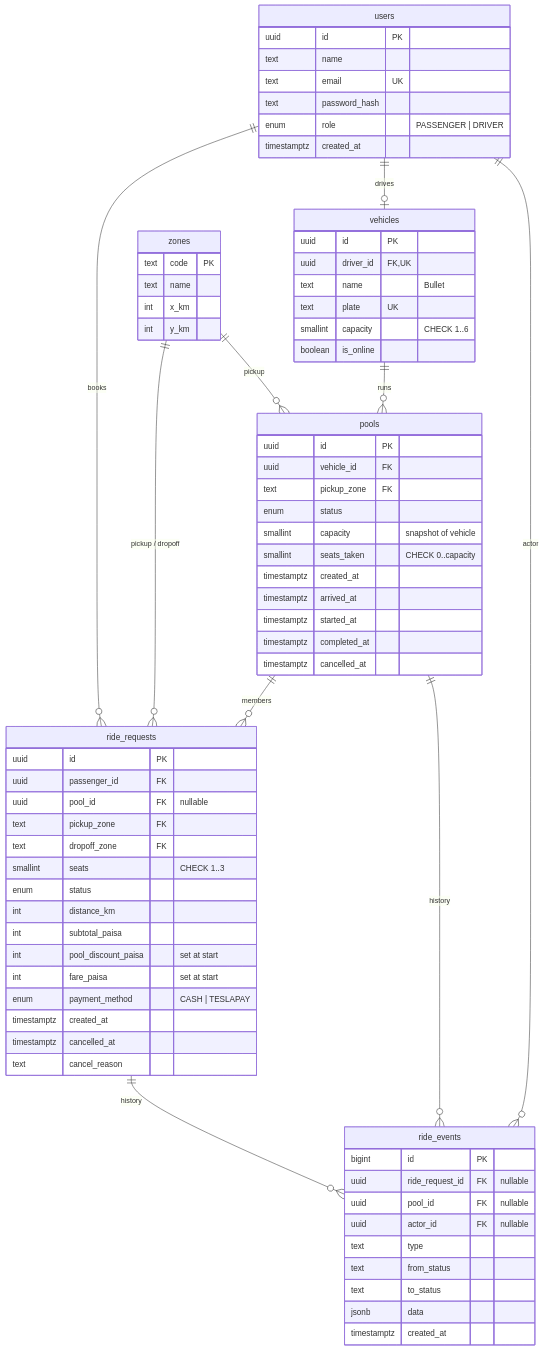
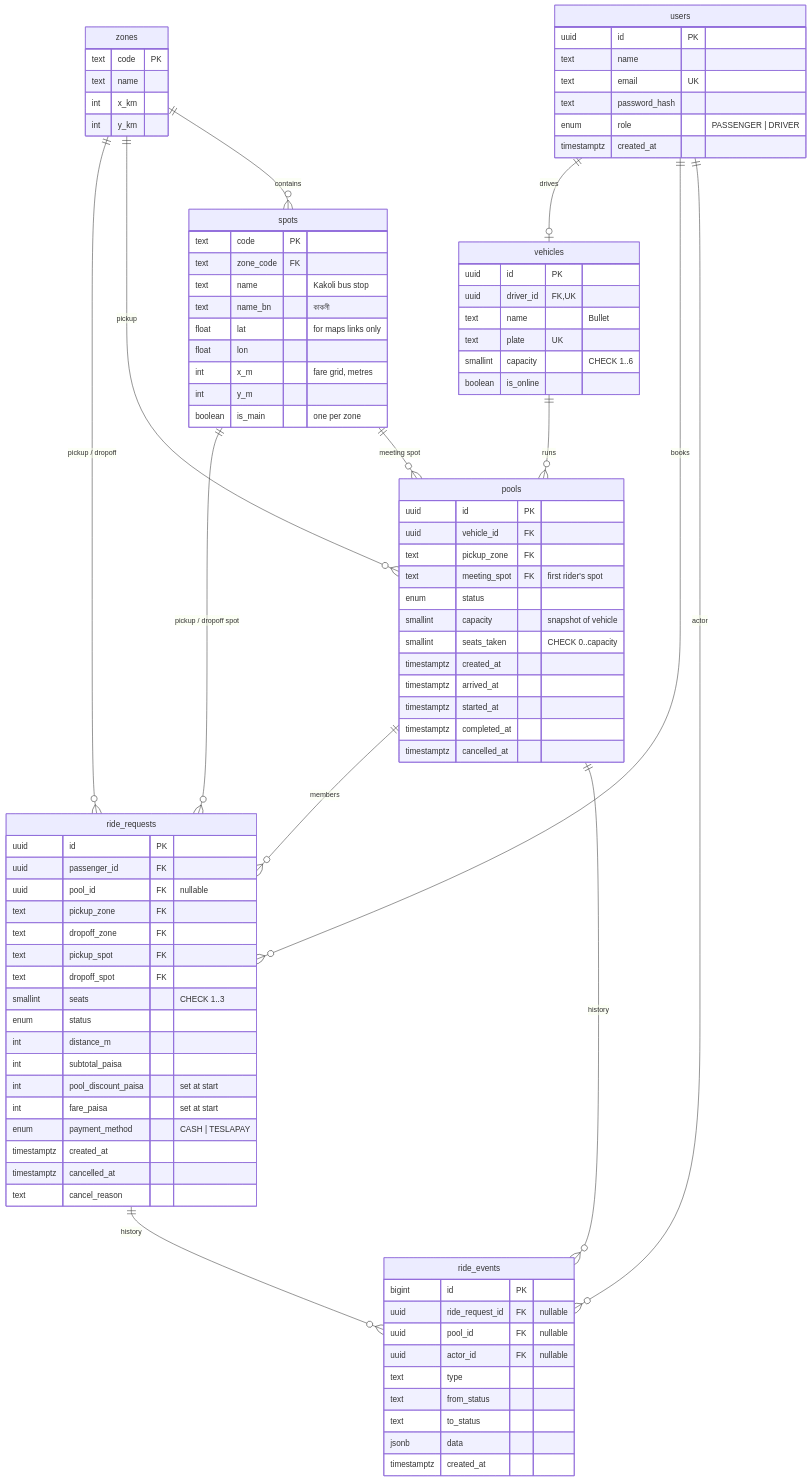
Before and after one commit to nabilanewaz/Lesgoo: the third of 4 diagrams in docs/DESIGN.md, drawn with Mermaid. The commit also changed other lines of this file, not shown here.

Commit message:
docs(design): document pickup spots, spot-based fares and the meeting-spot rule

```diff
--- a/docs/DESIGN.md
+++ b/docs/DESIGN.md
@@ -192,6 +207,9 @@
     users ||--o{ ride_requests : "books"
     zones ||--o{ ride_requests : "pickup / dropoff"
     zones ||--o{ pools : "pickup"
+    zones ||--o{ spots : "contains"
+    spots ||--o{ ride_requests : "pickup / dropoff spot"
+    spots ||--o{ pools : "meeting spot"
     vehicles ||--o{ pools : "runs"
     pools ||--o{ ride_requests : "members"
     ride_requests ||--o{ ride_events : "history"
@@ -220,10 +238,22 @@
         int x_km
         int y_km
     }
+    spots {
+        text code PK
+        text zone_code FK
+        text name "Kakoli bus stop"
+        text name_bn "কাকলী"
+        float lat "for maps links only"
+        float lon
+        int x_m "fare grid, metres"
+        int y_m
+        boolean is_main "one per zone"
+    }
     pools {
         uuid id PK
         uuid vehicle_id FK
         text pickup_zone FK
+        text meeting_spot FK "first rider's spot"
         enum status
         smallint capacity "snapshot of vehicle"
         smallint seats_taken "CHECK 0..capacity"
@@ -239,9 +269,11 @@
         uuid pool_id FK "nullable"
         text pickup_zone FK
         text dropoff_zone FK
+        text pickup_spot FK
+        text dropoff_spot FK
         smallint seats "CHECK 1..3"
         enum status
-        int distance_km
+        int distance_m
         int subtotal_paisa
         int pool_discount_paisa "set at start"
         int fare_paisa "set at start"
```
